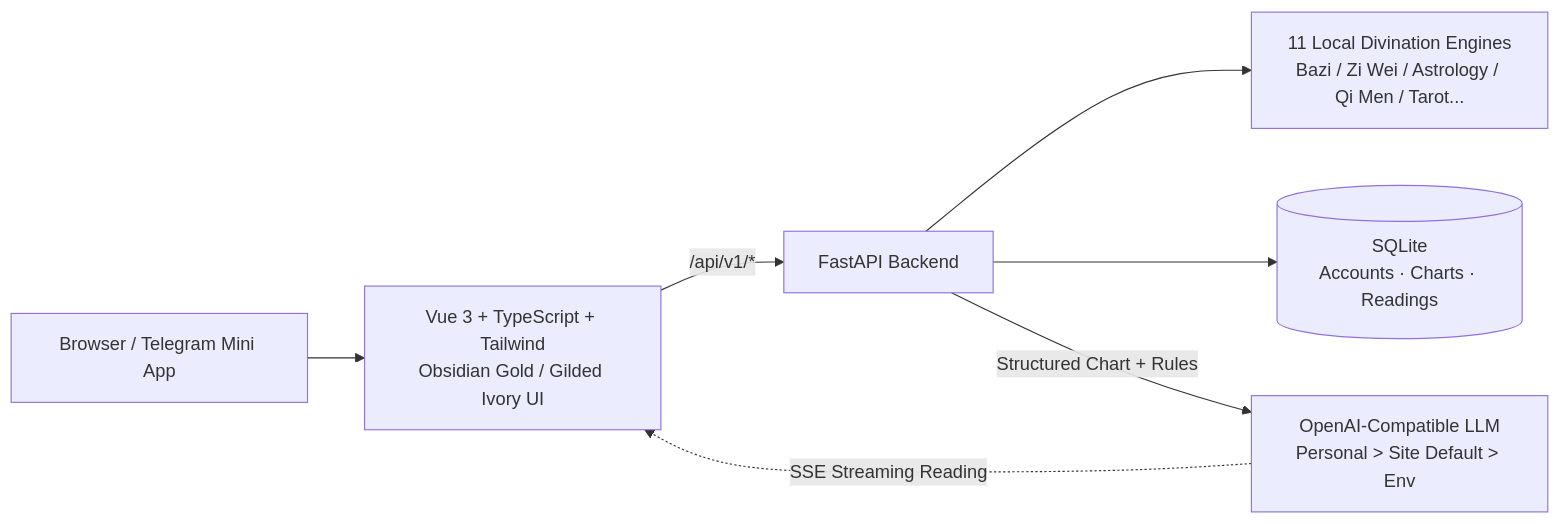
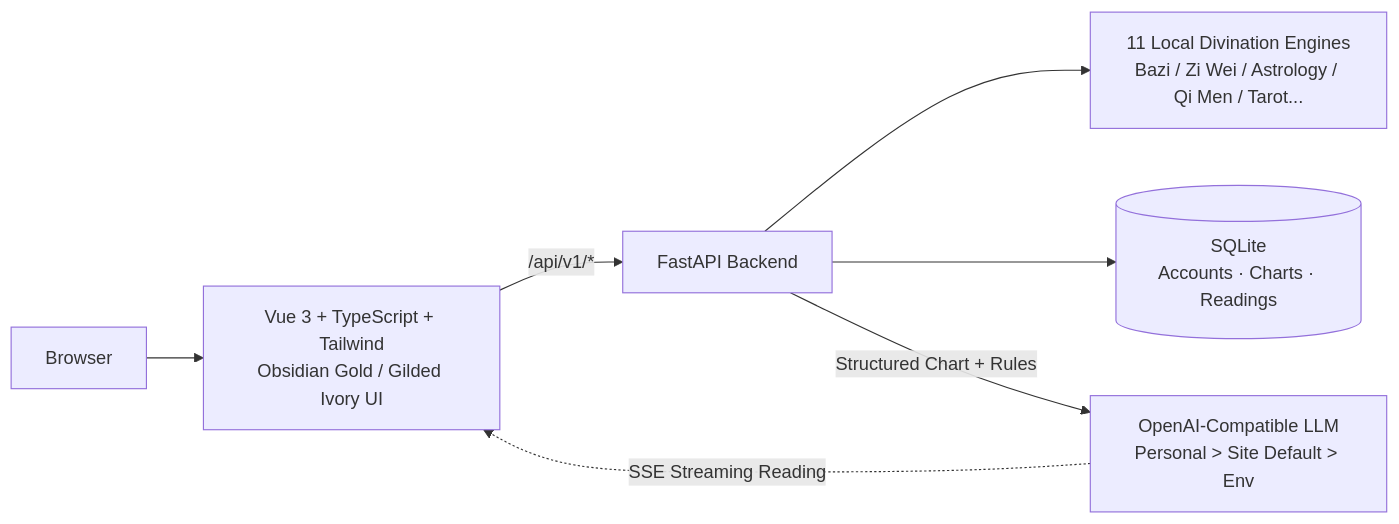
Before and after one commit to chenxy1021/xuanji: the diagram in README.en.md, drawn with Mermaid. The commit also changed other lines of this file and 5 other files, not shown here.

````diff
--- a/README.en.md
+++ b/README.en.md
@@ -119,9 +119,9 @@
 ```mermaid
 flowchart LR
-  User["Browser / Telegram Mini App"] --> FE["Vue 3 + TypeScript + Tailwind<br/>Obsidian Gold / Gilded Ivory UI"]
+  User["Browser"] --> FE["Vue 3 + TypeScript + Tailwind<br/>Obsidian Gold / Gilded Ivory UI"]
   FE -->|"/api/v1/*"| BE["FastAPI Backend"]
   BE --> Engines["11 Local Divination Engines<br/>Bazi / Zi Wei / Astrology / Qi Men / Tarot..."]
   BE --> DB[("SQLite<br/>Accounts · Charts · Readings")]
   BE -->|"Structured Chart + Rules"| LLM["OpenAI-Compatible LLM<br/>Personal > Site Default > Env"]
   LLM -.->|"SSE Streaming Reading"| FE
 ```
````
